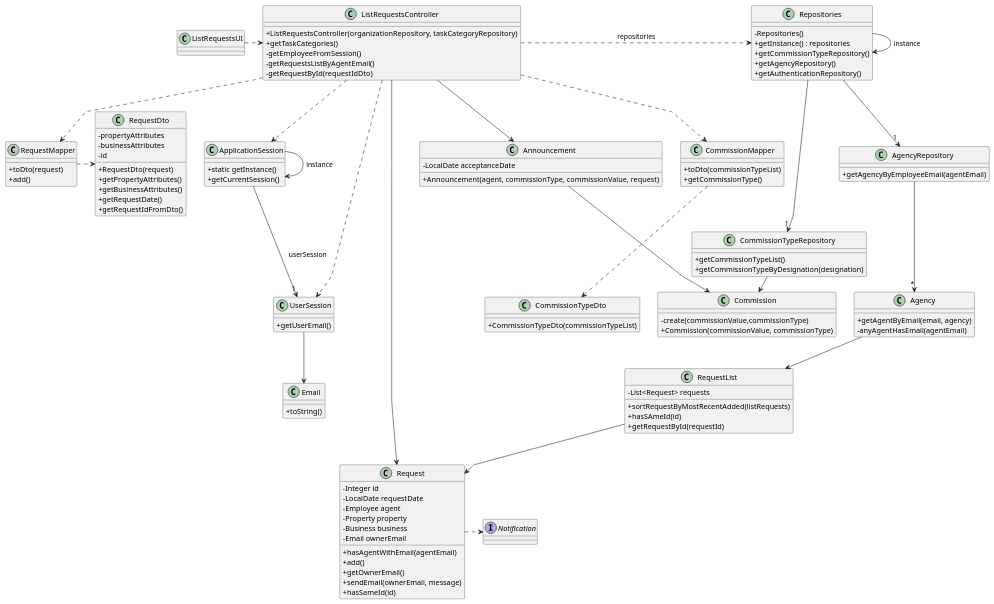
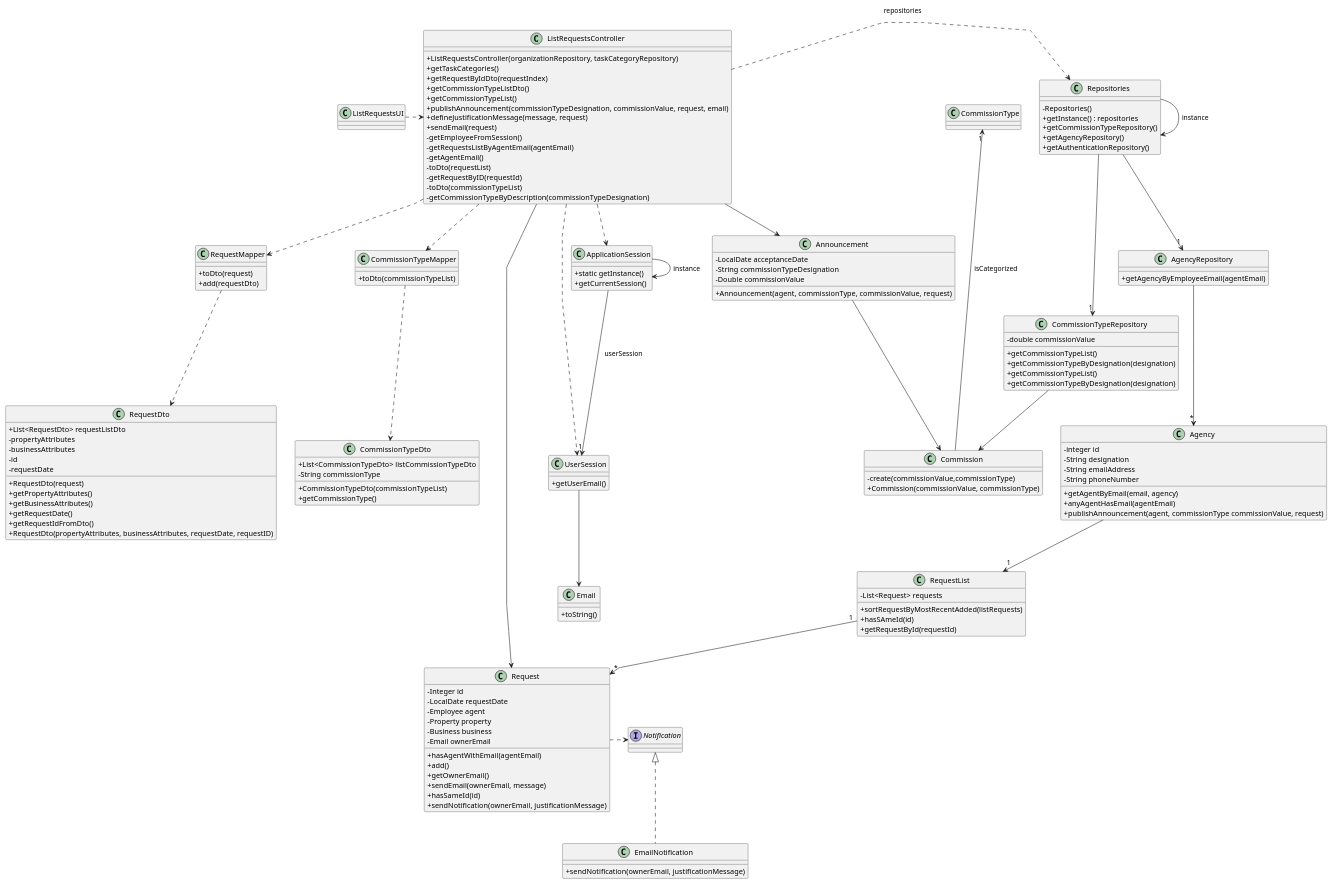
One commit to rita-barbosa/LAPR2-2223 changed the diagram in docs/sprintD/us008/03.design/puml/us008-class-diagram.puml. Above: the diagram before and after it, drawn with PlantUML. The commit also changed 17 other files, not shown here.

Commit message:
Update Sequence Diagram (split & partials) & Class Diagram + SVG's [US008][Design]

```diff
--- a/docs/sprintD/us008/03.design/puml/us008-class-diagram.puml
+++ b/docs/sprintD/us008/03.design/puml/us008-class-diagram.puml
@@ -1,163 +1,199 @@
 @startuml
 'skinparam monochrome true
 skinparam packageStyle rectangle
 skinparam shadowing false
 skinparam linetype polyline
 'skinparam linetype orto
 
 skinparam classAttributeIconSize 0
 
 'left to right direction
 
 class ApplicationSession {
     + static getInstance()
     + getCurrentSession()
 }
 
 class UserSession {
     + getUserEmail()
 }
 
 'class Person {
 '    - agentEmail
 '}
 
 class CommissionTypeRepository {
+    - double commissionValue
+
     + getCommissionTypeList()
     + getCommissionTypeByDesignation(designation)
 }
 
 class AgencyRepository {
     + getAgencyByEmployeeEmail(agentEmail)
 }
 
 class Repositories {
     - Repositories()
     + getInstance() : repositories
     + getCommissionTypeRepository()
     + getAgencyRepository()
     + getAuthenticationRepository()
 }
 
 class ListRequestsController {
     + ListRequestsController(organizationRepository, taskCategoryRepository)
     + getTaskCategories()
+    + getRequestByIdDto(requestIndex)
+    + getCommissionTypeListDto()
+    + getCommissionTypeList()
+    + publishAnnouncement(commissionTypeDesignation, commissionValue, request, email)
+    + defineJustificationMessage(message, request)
+    + sendEmail(request)
     - getEmployeeFromSession()
-    - getRequestsListByAgentEmail()
-    - getRequestById(requestIdDto)
-
+    - getRequestsListByAgentEmail(agentEmail)
+    - getAgentEmail()
+    - toDto(requestList)
+    - getRequestByID(requestId)
+    - toDto(commissionTypeList)
+    - getCommissionTypeByDescription(commissionTypeDesignation)
 }
 
 class ListRequestsUI {
 }
 
 class Email{
  +toString()
 }
 
 class Announcement{
     - LocalDate acceptanceDate
+    - String commissionTypeDesignation
+    - Double commissionValue
     + Announcement(agent, commissionType, commissionValue, request)
 }
 
 class Commission{
     - create(commissionValue,commissionType)
     + Commission(commissionValue, commissionType)
 }
 
+class CommissionTypeRepository {
+    + getCommissionTypeList()
+    + getCommissionTypeByDesignation(designation)
+}
+
 class Agency{
+    - integer id
+    - String designation
+    - String emailAddress
+    - String phoneNumber
+
     + getAgentByEmail(email, agency)
-    - anyAgentHasEmail(agentEmail)
+    + anyAgentHasEmail(agentEmail)
+    + publishAnnouncement(agent, commissionType commissionValue, request)
 }
 
 class Request{
 -Integer id
 -LocalDate requestDate
 -Employee agent
 -Property property
 -Business business
 -Email ownerEmail
 
 +hasAgentWithEmail(agentEmail)
 +add()
 +getOwnerEmail()
 +sendEmail(ownerEmail, message)
 +hasSameId(id)
++ sendNotification(ownerEmail, justificationMessage)
 }
 
 class RequestList{
 -List<Request> requests
 
 +sortRequestByMostRecentAdded(listRequests)
 +hasSAmeId(id)
 +getRequestById(requestId)
 }
 
 class RequestMapper{
 +toDto(request)
-+add()
++add(requestDto)
 }
 
 class RequestDto{
++List<RequestDto> requestListDto
 -propertyAttributes
 -businessAttributes
 -id
+-requestDate
 
 +RequestDto(request)
 +getPropertyAttributes()
 +getBusinessAttributes()
 +getRequestDate()
 +getRequestIdFromDto()
++RequestDto(propertyAttributes, businessAttributes, requestDate, requestID)
 }
 
 interface Notification{
 }
 
-class CommissionMapper{
+class EmailNotification implements Notification{
++sendNotification(ownerEmail, justificationMessage)
+}
+
+class CommissionTypeMapper{
 +toDto(commissionTypeList)
-+getCommissionType()
+
 }
 
 class CommissionTypeDto{
++List<CommissionTypeDto> listCommissionTypeDto
+-String commissionType
 +CommissionTypeDto(commissionTypeList)
++getCommissionType()
 
 }
 
 
 
 Repositories -> Repositories : instance
 ApplicationSession -> ApplicationSession : instance
 
 ListRequestsUI .> ListRequestsController
 
 ListRequestsController .> Repositories : repositories
 
 Repositories --> "1" AgencyRepository
 Repositories --> "1" CommissionTypeRepository
 
 AgencyRepository --> "*" Agency
 
 ApplicationSession --> "1" UserSession : userSession
 UserSession --> Email
 
 ListRequestsController ..> ApplicationSession
 ListRequestsController ..> UserSession
 
 ListRequestsController ..> RequestMapper
-ListRequestsController ..> CommissionMapper
+ListRequestsController ..> CommissionTypeMapper
 ListRequestsController --> Announcement
 ListRequestsController -> Request
-Agency --> RequestList
-RequestList --> Request
+Agency --> "1" RequestList
+RequestList "1" --> "*" Request
 Request .> Notification
 CommissionTypeRepository -> Commission
 Announcement --> Commission
-CommissionMapper ..> CommissionTypeDto
-RequestMapper .> RequestDto
+CommissionTypeMapper ..> CommissionTypeDto
+RequestMapper ..> RequestDto
+CommissionType "1" <--- Commission : isCategorized
 
 
 
 
 
 
 @enduml
```
